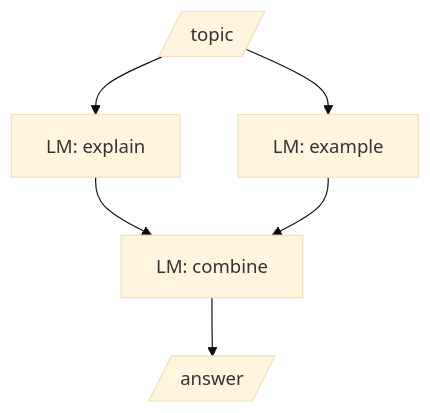
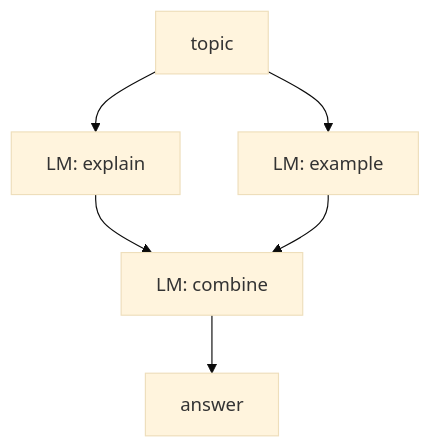
The diagram in docs/getting-started.md (ASEM000/autoform), drawn with Mermaid (base theme) before and after one commit. The commit also changed 5 other files, not shown here.

Commit message:
docs: normalize mermaid

````diff
--- a/docs/getting-started.md
+++ b/docs/getting-started.md
@@ -432,8 +432,8 @@
 ```{mermaid}
 flowchart TD
-    topic[/topic/] --> explain["LM: explain"]
+    topic["topic"] --> explain["LM: explain"]
     topic --> example["LM: example"]
     explain --> combine["LM: combine"]
     example --> combine
-    combine --> output[/answer/]
+    combine --> answer["answer"]
 ```
````
